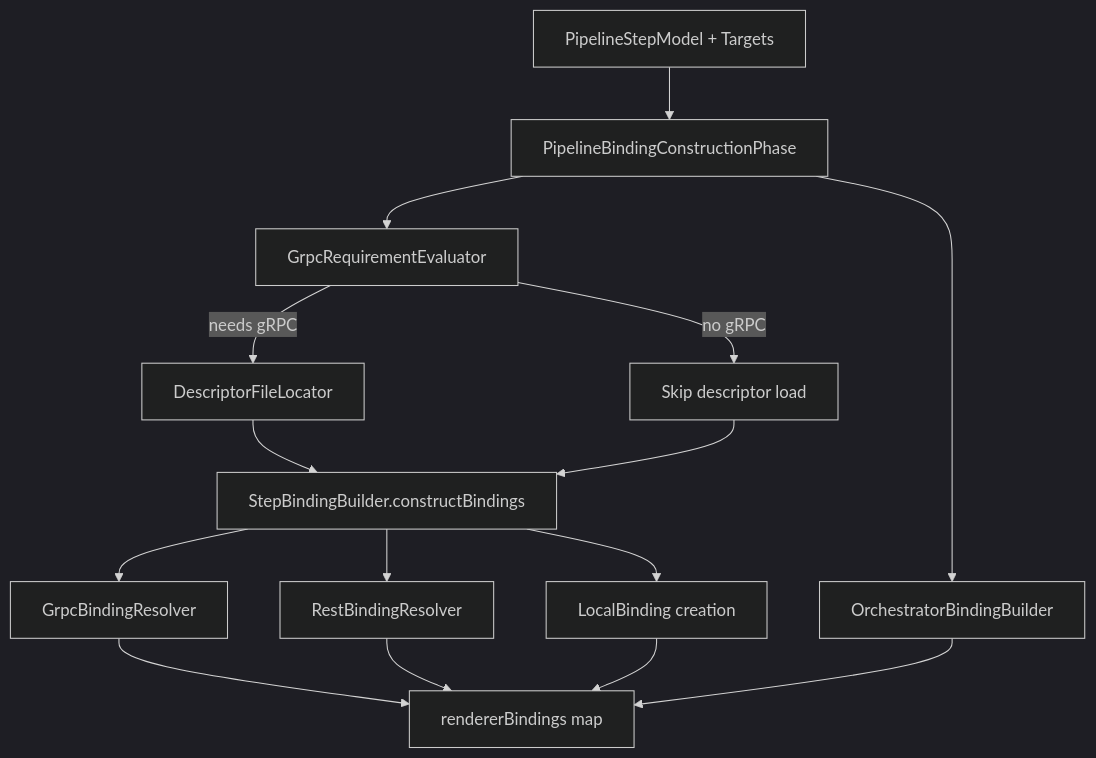
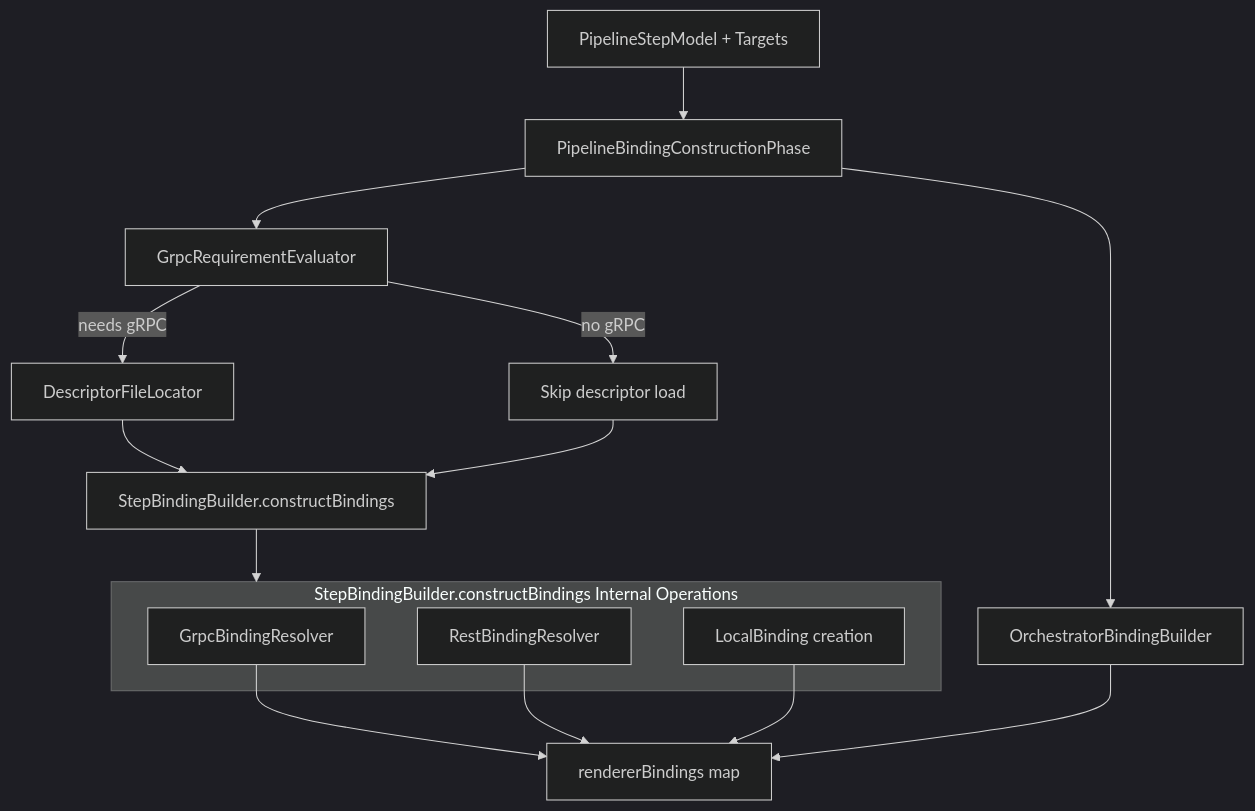
The diagram in docs/guide/evolve/annotation-processor/models-and-bindings.md (The-Pipeline-Framework/pipelineframework), drawn with Mermaid (dark theme) before and after one commit. The commit also changed 16 other files, not shown here.

````diff
--- a/docs/guide/evolve/annotation-processor/models-and-bindings.md
+++ b/docs/guide/evolve/annotation-processor/models-and-bindings.md
@@ -46,17 +46,20 @@
 ```mermaid
 flowchart TD
     A["PipelineStepModel + Targets"] --> B["PipelineBindingConstructionPhase"]
     B --> C["GrpcRequirementEvaluator"]
     C -->|needs gRPC| D["DescriptorFileLocator"]
     C -->|no gRPC| E["Skip descriptor load"]
     D --> F["StepBindingBuilder.constructBindings"]
     E --> F
-    F --> G["GrpcBindingResolver"]
-    F --> H["RestBindingResolver"]
-    F --> I["LocalBinding creation"]
+    subgraph F2["StepBindingBuilder.constructBindings Internal Operations"]
+        G["GrpcBindingResolver"]
+        H["RestBindingResolver"]
+        I["LocalBinding creation"]
+    end
+    F --> F2
     B --> J["OrchestratorBindingBuilder"]
     G --> K["rendererBindings map"]
     H --> K
     I --> K
     J --> K
 ```
````
